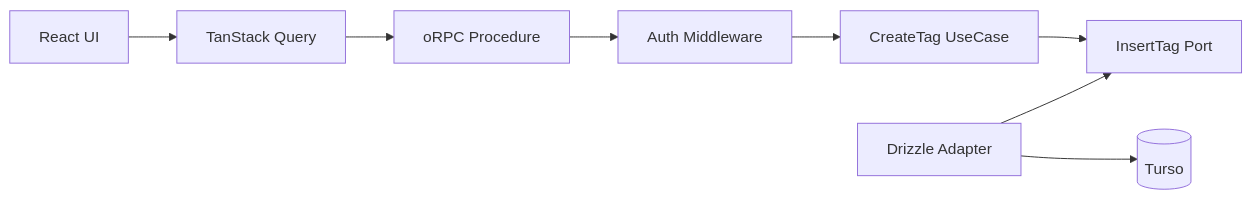
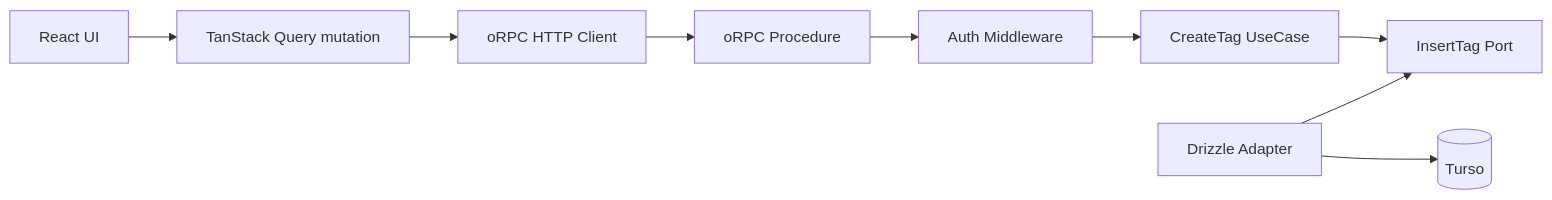
Before and after one commit to koralle/pantry: the diagram in docs/superpowers/specs/2026-08-22-application-architecture-evolution-design.md, drawn with Mermaid. The commit also changed other lines of this file, not shown here.

````diff
--- a/docs/superpowers/specs/2026-08-22-application-architecture-evolution-design.md
+++ b/docs/superpowers/specs/2026-08-22-application-architecture-evolution-design.md
@@ -43,15 +44,16 @@
 ```mermaid
 flowchart LR
   UI[React UI]
-  TQ[TanStack Query]
+  TQ[TanStack Query mutation]
+  CLIENT[oRPC HTTP Client]
   RPC[oRPC Procedure]
   AUTH[Auth Middleware]
   UC[CreateTag UseCase]
   PORT[InsertTag Port]
   ADAPTER[Drizzle Adapter]
   DB[(Turso)]
 
-  UI --> TQ --> RPC --> AUTH --> UC --> PORT
+  UI --> TQ --> CLIENT --> RPC --> AUTH --> UC --> PORT
   ADAPTER --> PORT
   ADAPTER --> DB
 ```
````
